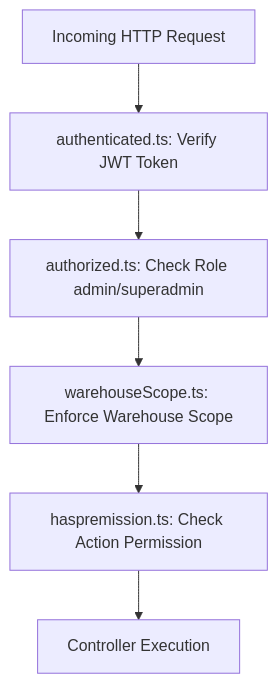
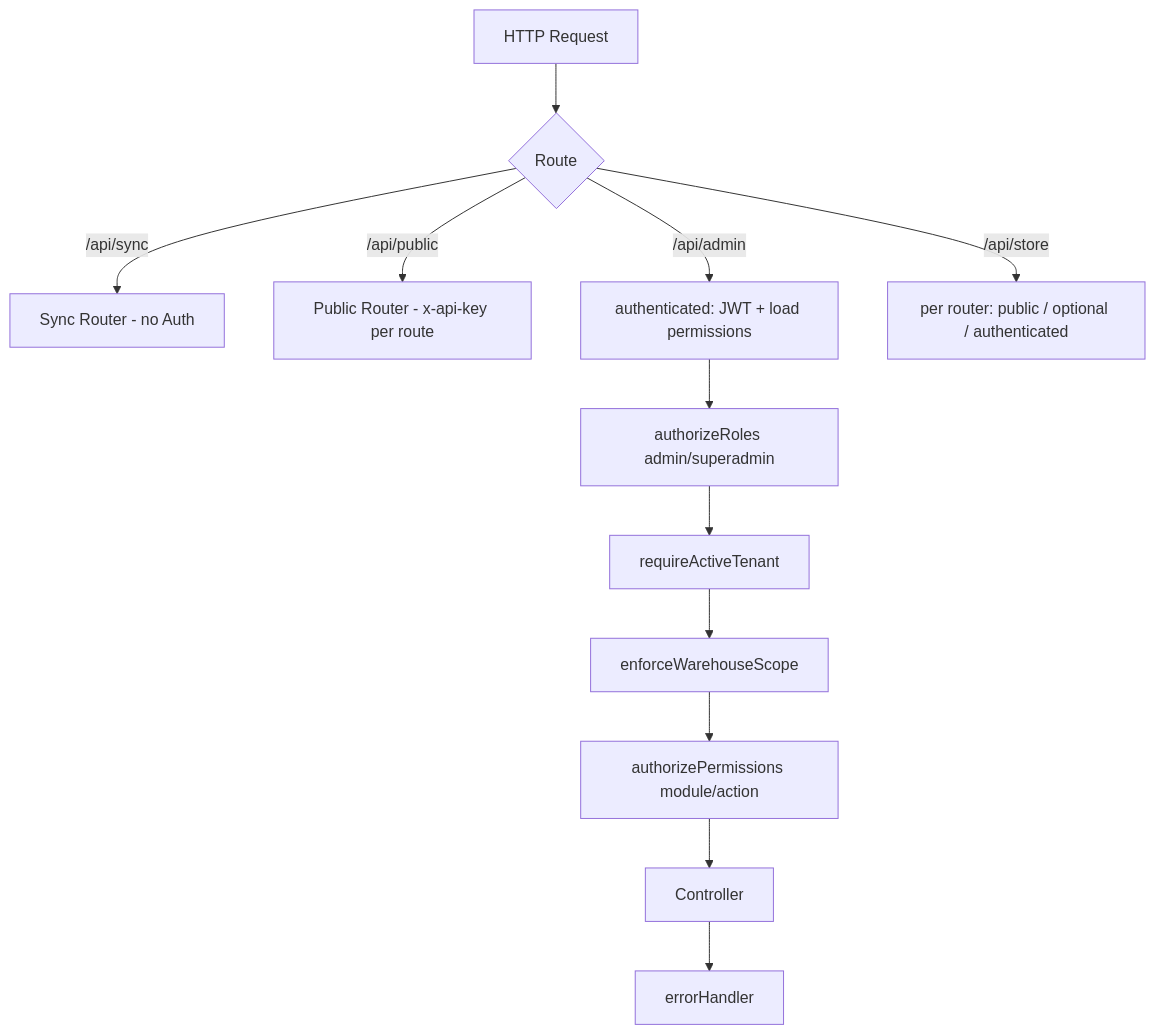
Before and after one commit to Maro7772/systego-back: the diagram in PROJECT_DOCUMENTATION.md, drawn with Mermaid. The commit also changed other lines of this file and 7 other files, not shown here.

````diff
--- a/PROJECT_DOCUMENTATION.md
+++ b/PROJECT_DOCUMENTATION.md
@@ -181,8 +285,14 @@
 ```mermaid
 flowchart TD
-    Req[Incoming HTTP Request] --> AuthMiddleware[authenticated.ts: Verify JWT Token]
-    AuthMiddleware --> RoleMiddleware[authorized.ts: Check Role admin/superadmin]
-    RoleMiddleware --> ScopeMiddleware[warehouseScope.ts: Enforce Warehouse Scope]
-    ScopeMiddleware --> PermMiddleware[haspremission.ts: Check Action Permission]
-    PermMiddleware --> Controller[Controller Execution]
+    A[HTTP Request] --> B{Route}
+    B -->|/api/sync| S[Sync Router - no Auth]
+    B -->|/api/public| P[Public Router - x-api-key per route]
+    B -->|/api/admin| C1[authenticated: JWT + load permissions]
+    B -->|/api/store| C2[per router: public / optional / authenticated]
+    C1 --> C3[authorizeRoles admin/superadmin]
+    C3 --> C4[requireActiveTenant]
+    C4 --> C5[enforceWarehouseScope]
+    C5 --> C6[authorizePermissions module/action]
+    C6 --> CTRL[Controller]
+    CTRL --> ERR[errorHandler]
 ```
````
